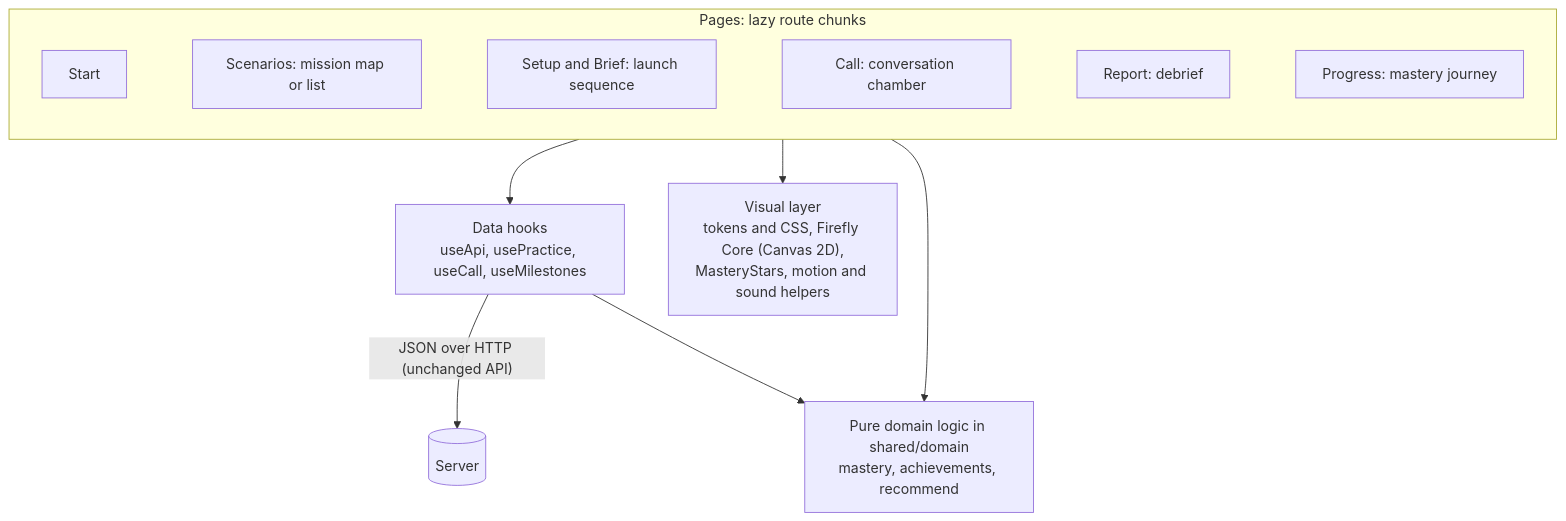
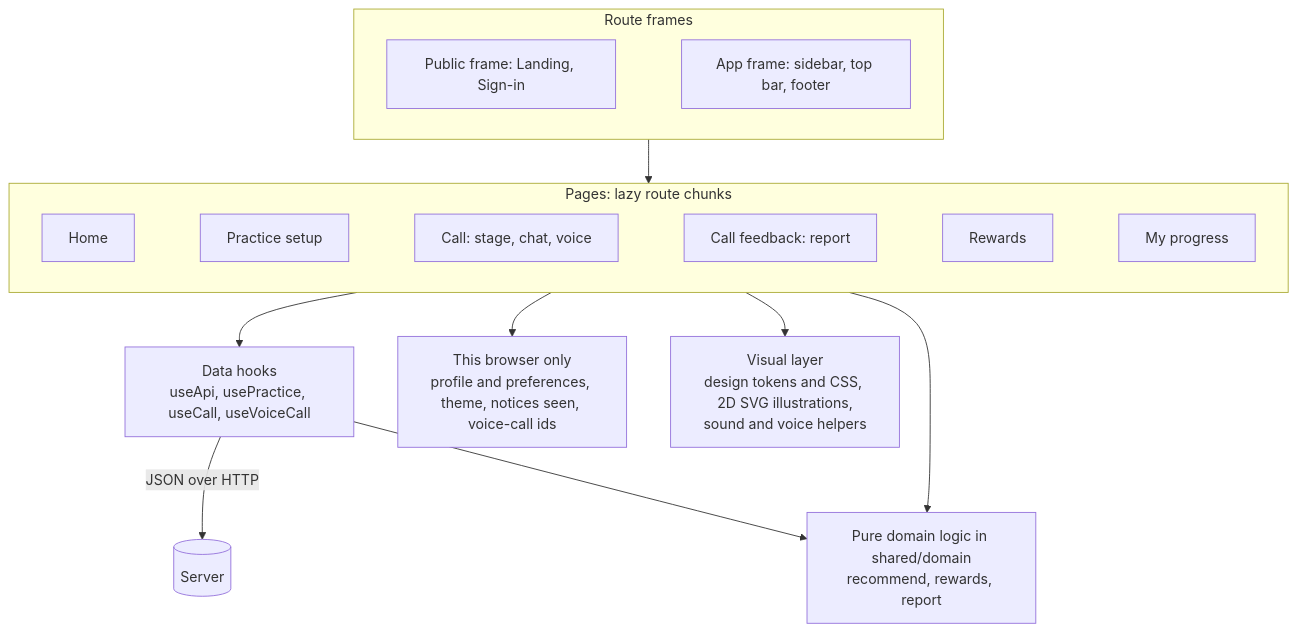
One commit to snowjug/Firefly changed the fourth of 4 diagrams in docs/architecture.md. Above: the diagram before and after it, drawn with Mermaid. The commit also changed other lines of this file and 4 other files, not shown here.

First line of the commit message:
docs: describe the redesigned experience, rewards, voice and the local profile

````diff
--- a/docs/architecture.md
+++ b/docs/architecture.md
@@ -141,11 +142,16 @@
 ```mermaid
 flowchart TD
+  subgraph Frames["Route frames"]
+    PUB["Public frame: Landing, Sign-in"] ~~~ APP["App frame: sidebar, top bar, footer"]
+  end
   subgraph Pages["Pages: lazy route chunks"]
-    ST[Start] ~~~ LI["Scenarios: mission map or list"] ~~~ SB["Setup and Brief: launch sequence"] ~~~ CA["Call: conversation chamber"] ~~~ RE["Report: debrief"] ~~~ PR["Progress: mastery journey"]
+    HO[Home] ~~~ SE["Practice setup"] ~~~ CA["Call: stage, chat, voice"] ~~~ RE["Call feedback: report"] ~~~ RW["Rewards"] ~~~ PR["My progress"]
   end
-  Pages --> Data["Data hooks<br/>useApi, usePractice, useCall, useMilestones"]
-  Data -->|"JSON over HTTP (unchanged API)"| API[(Server)]
-  Pages --> Domain["Pure domain logic in shared/domain<br/>mastery, achievements, recommend"]
+  Frames --> Pages
+  Pages --> Data["Data hooks<br/>useApi, usePractice, useCall, useVoiceCall"]
+  Data -->|"JSON over HTTP"| API[(Server)]
+  Pages --> Domain["Pure domain logic in shared/domain<br/>recommend, rewards, report"]
   Data --> Domain
-  Pages --> Visuals["Visual layer<br/>tokens and CSS, Firefly Core (Canvas 2D),<br/>MasteryStars, motion and sound helpers"]
+  Pages --> Local["This browser only<br/>profile and preferences, theme, notices seen, voice-call ids"]
+  Pages --> Visuals["Visual layer<br/>design tokens and CSS, 2D SVG illustrations,<br/>sound and voice helpers"]
 ```
````
